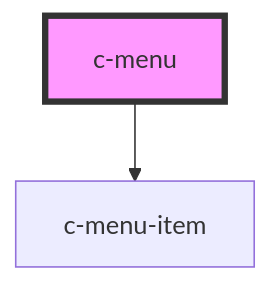
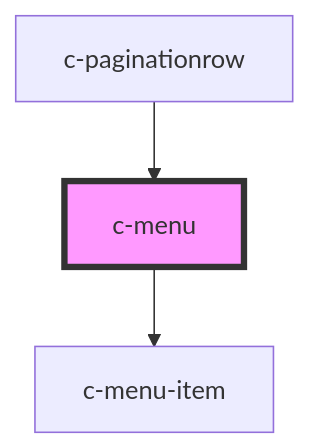
One commit to hannyle/csc-ui changed the diagram in src/components/c-menu/readme.md. Above: the diagram before and after it, drawn with Mermaid. The commit also changed other lines of this file and 27 other files, not shown here.

````diff
--- a/src/components/c-menu/readme.md
+++ b/src/components/c-menu/readme.md
@@ -23,5 +29,6 @@
 ```mermaid
 graph TD;
   c-menu --> c-menu-item
+  c-paginationrow --> c-menu
   style c-menu fill:#f9f,stroke:#333,stroke-width:4px
 ```
````
